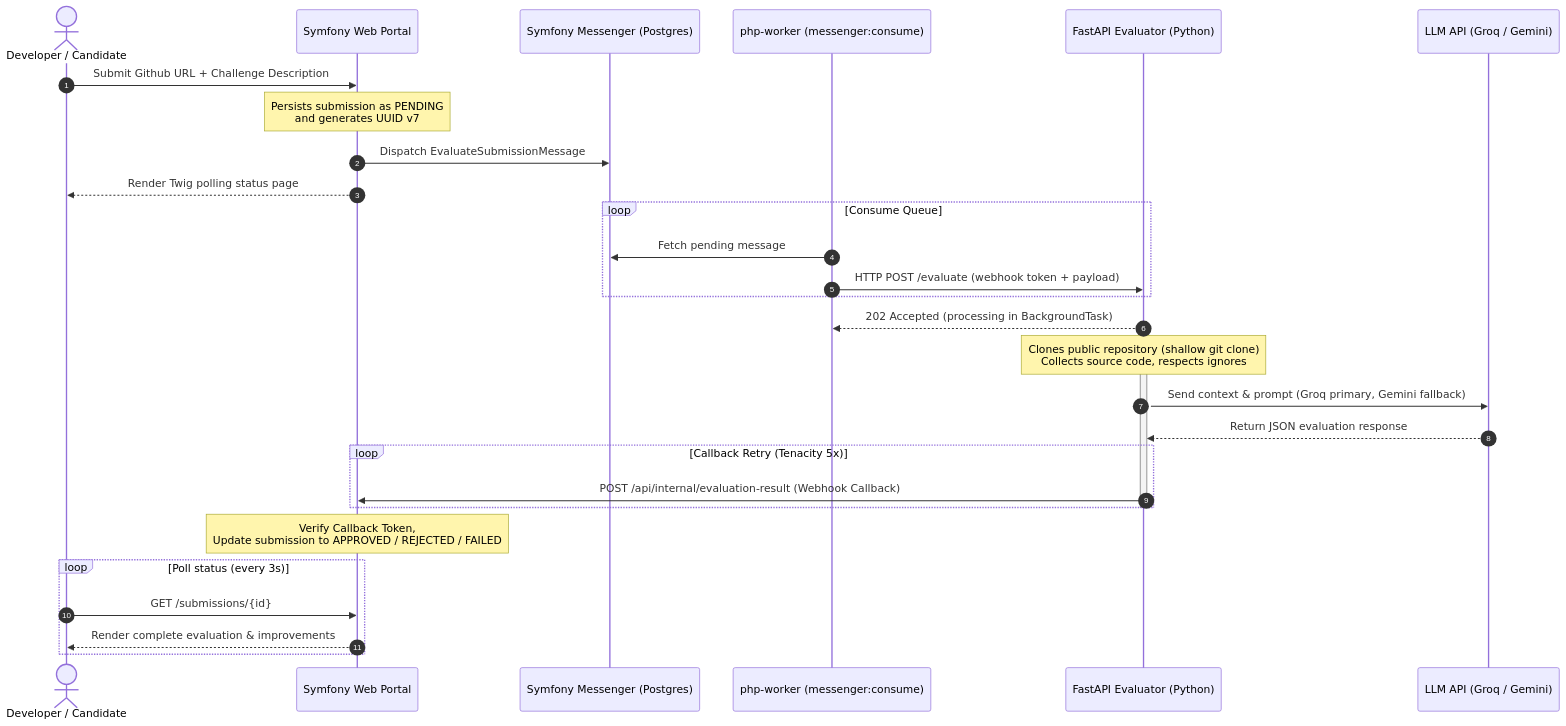
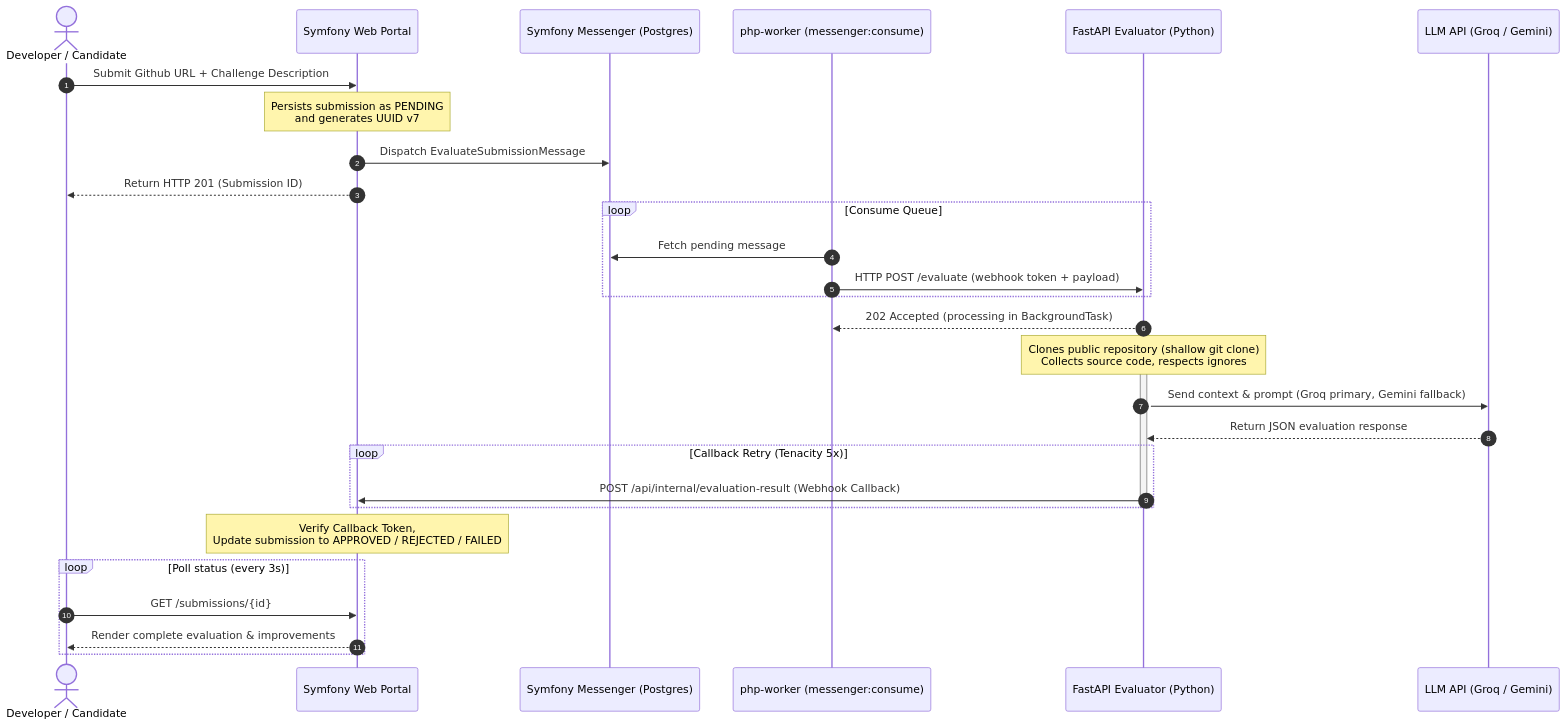
One commit to gabrielcjr/technical_challenge_reviewer changed the diagram in README.md. Above: the diagram before and after it, drawn with Mermaid. The commit also changed other lines of this file, not shown here.

````diff
--- a/README.md
+++ b/README.md
@@ -20,38 +23,38 @@
 ```mermaid
 sequenceDiagram
     autonumber
     actor User as Developer / Candidate
     participant Portal as Symfony Web Portal
     participant Queue as Symfony Messenger (Postgres)
     participant Worker as php-worker (messenger:consume)
     participant Evaluator as FastAPI Evaluator (Python)
     participant LLM as LLM API (Groq / Gemini)
 
     User->>Portal: Submit Github URL + Challenge Description
     Note over Portal: Persists submission as PENDING<br/>and generates UUID v7
     Portal->>Queue: Dispatch EvaluateSubmissionMessage
-    Portal-->>User: Render Twig polling status page
+    Portal-->>User: Return HTTP 201 (Submission ID)
 
     loop Consume Queue
         Worker->>Queue: Fetch pending message
         Worker->>Evaluator: HTTP POST /evaluate (webhook token + payload)
     end
     Evaluator-->>Worker: 202 Accepted (processing in BackgroundTask)
 
     activate Evaluator
     Note over Evaluator: Clones public repository (shallow git clone)<br/>Collects source code, respects ignores
     Evaluator->>LLM: Send context & prompt (Groq primary, Gemini fallback)
     LLM-->>Evaluator: Return JSON evaluation response
     
     loop Callback Retry (Tenacity 5x)
         Evaluator->>Portal: POST /api/internal/evaluation-result (Webhook Callback)
     end
     deactivate Evaluator
 
     Note over Portal: Verify Callback Token,<br/>Update submission to APPROVED / REJECTED / FAILED
     
     loop Poll status (every 3s)
         User->>Portal: GET /submissions/{id}
         Portal-->>User: Render complete evaluation & improvements
     end
 ```
````
